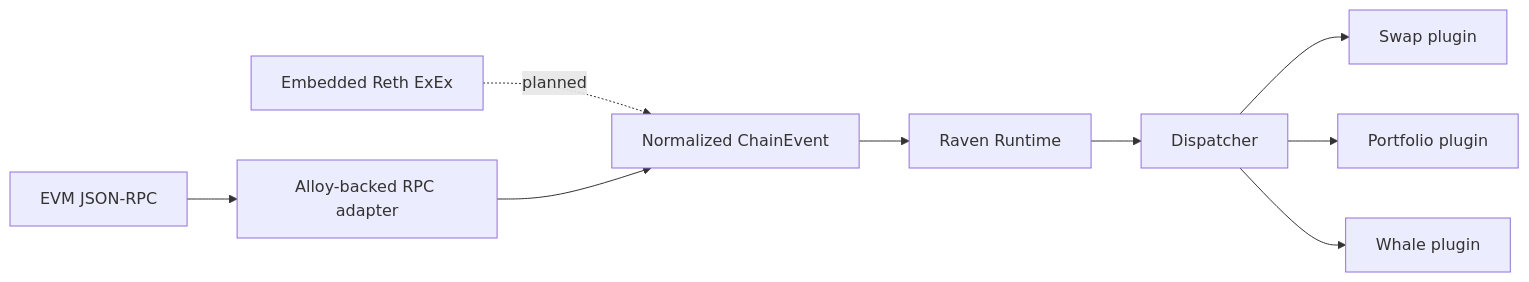
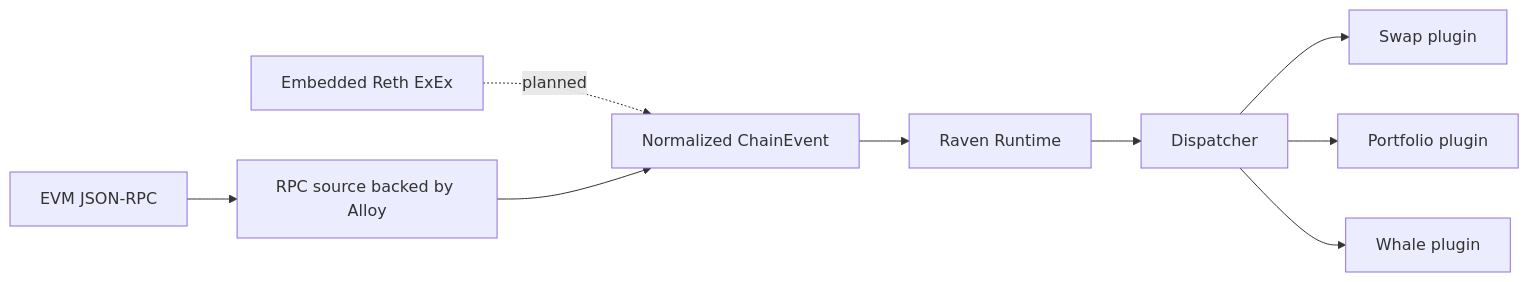
One commit to abhi3700/raven changed the diagram in docs/concepts/design-principles.mdx. Above: the diagram before and after it, drawn with Mermaid. The commit also changed other lines of this file and 27 other files, not shown here.

Commit message:
source-alloy renamed to source-rpc

````diff
--- a/docs/concepts/design-principles.mdx
+++ b/docs/concepts/design-principles.mdx
@@ -9,11 +9,11 @@
 ```mermaid
 flowchart LR
-    rpc[EVM JSON-RPC] --> alloy[Alloy-backed RPC adapter]
+    rpc[EVM JSON-RPC] --> rpcSource[RPC source backed by Alloy]
     reth[Embedded Reth ExEx] -. planned .-> event[Normalized ChainEvent]
-    alloy --> event
+    rpcSource --> event
     event --> runtime[Raven Runtime]
     runtime --> dispatcher[Dispatcher]
     dispatcher --> swap[Swap plugin]
     dispatcher --> portfolio[Portfolio plugin]
     dispatcher --> whale[Whale plugin]
 ```
````
